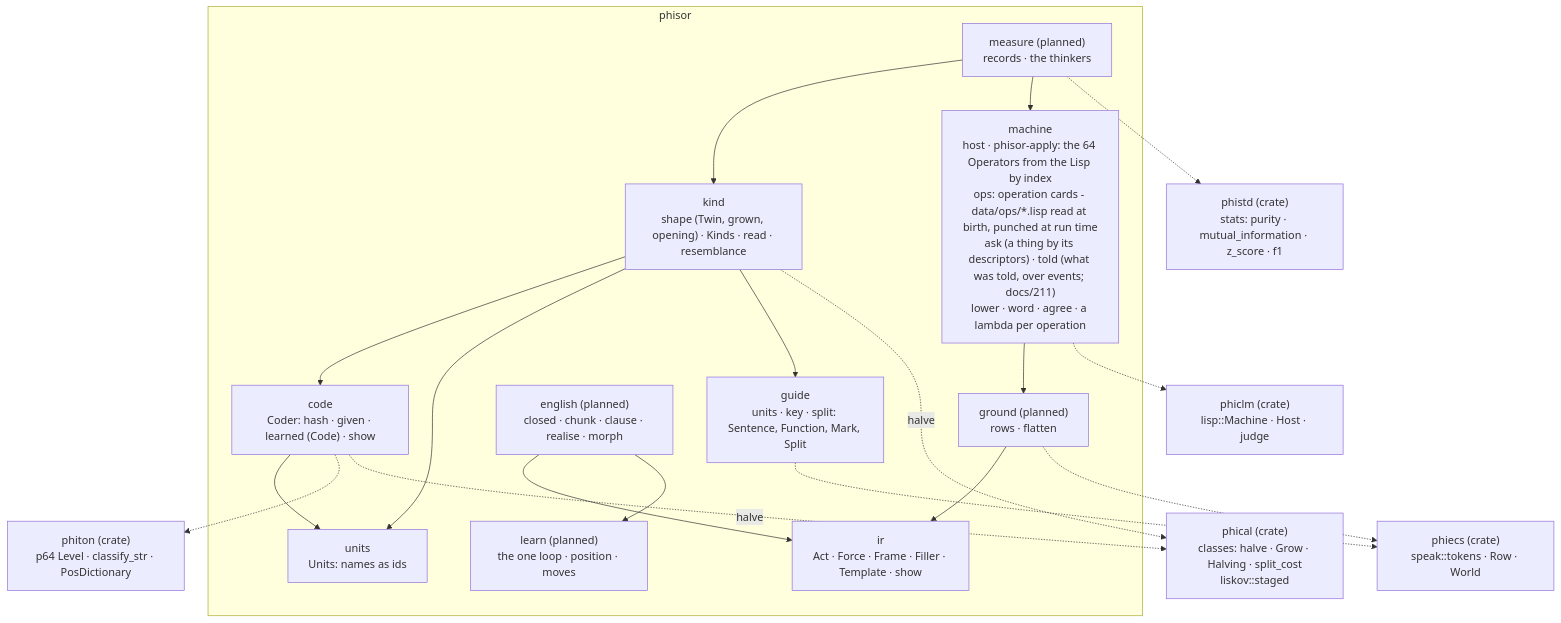
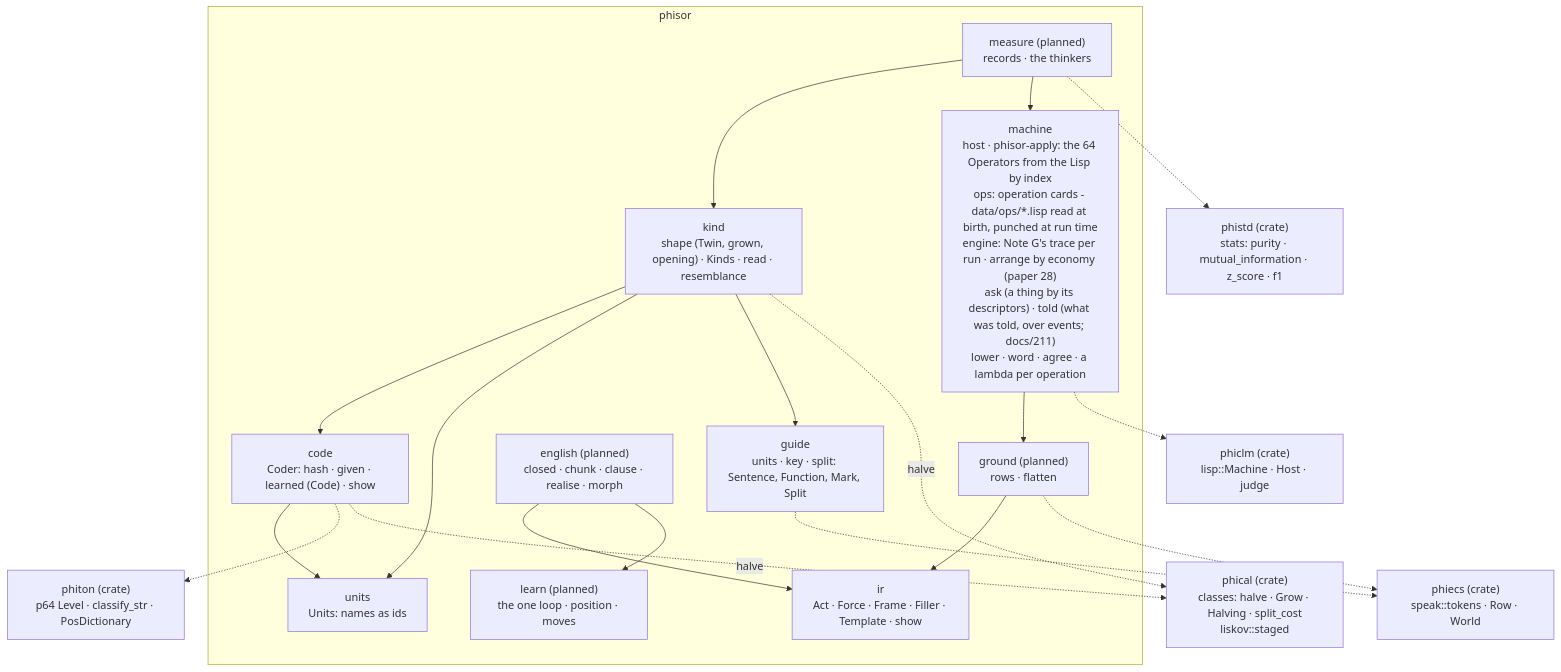
The first of 3 diagrams in crates/phisor/ARCHITECTURE.md (gemphi/phinet), drawn with Mermaid before and after one commit. The commit also changed 7 other files, not shown here.

Commit message:
phisor machine::engine: Note G's trace on every run (Step per column fetched or operation performed), answer_traced, arrange by the shortest agreeing trace (Note D); told takes a replacement card

````diff
--- a/crates/phisor/ARCHITECTURE.md
+++ b/crates/phisor/ARCHITECTURE.md
@@ -5,37 +5,37 @@
 ```mermaid
 graph TB
     subgraph crate["phisor"]
         ir["ir<br/>Act · Force · Frame · Filler · Template · show"]
         guide["guide<br/>units · key · split: Sentence, Function, Mark, Split"]
         code["code<br/>Coder: hash · given · learned (Code) · show"]
         kind["kind<br/>shape (Twin, grown, opening) · Kinds · read · resemblance"]
         units["units<br/>Units: names as ids"]
         english["english (planned)<br/>closed · chunk · clause · realise · morph"]
         learn["learn (planned)<br/>the one loop · position · moves"]
         ground["ground (planned)<br/>rows · flatten"]
-        machine["machine<br/>host · phisor-apply: the 64 Operators from the Lisp by index<br/>ops: operation cards - data/ops/*.lisp read at birth, punched at run time<br/>ask (a thing by its descriptors) · told (what was told, over events; docs/211)<br/>lower · word · agree · a lambda per operation"]
+        machine["machine<br/>host · phisor-apply: the 64 Operators from the Lisp by index<br/>ops: operation cards - data/ops/*.lisp read at birth, punched at run time<br/>engine: Note G's trace per run · arrange by economy (paper 28)<br/>ask (a thing by its descriptors) · told (what was told, over events; docs/211)<br/>lower · word · agree · a lambda per operation"]
         measure["measure (planned)<br/>records · the thinkers"]
     end
     code --> units
     kind --> code
     kind --> units
     kind --> guide
     english --> ir
     english --> learn
     ground --> ir
     machine --> ground
     measure --> kind
     measure --> machine
     X_phiton["phiton (crate)<br/>p64 Level · classify_str · PosDictionary"]
     X_phical["phical (crate)<br/>classes: halve · Grow · Halving · split_cost<br/>liskov::staged"]
     X_phistd["phistd (crate)<br/>stats: purity · mutual_information · z_score · f1"]
     X_phiecs["phiecs (crate)<br/>speak::tokens · Row · World"]
     X_phiclm["phiclm (crate)<br/>lisp::Machine · Host · judge"]
     code -.-> X_phiton
     code -.->|"halve"| X_phical
     kind -.->|"halve"| X_phical
     guide -.-> X_phiecs
     ground -.-> X_phiecs
     machine -.-> X_phiclm
     measure -.-> X_phistd
 ```
````
